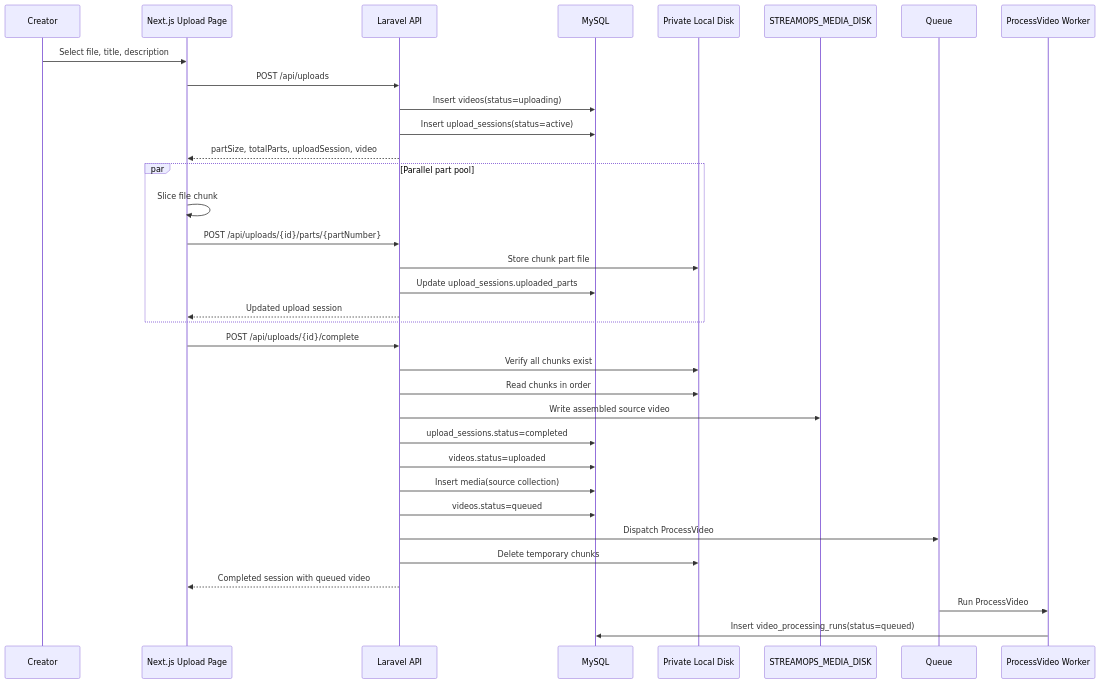
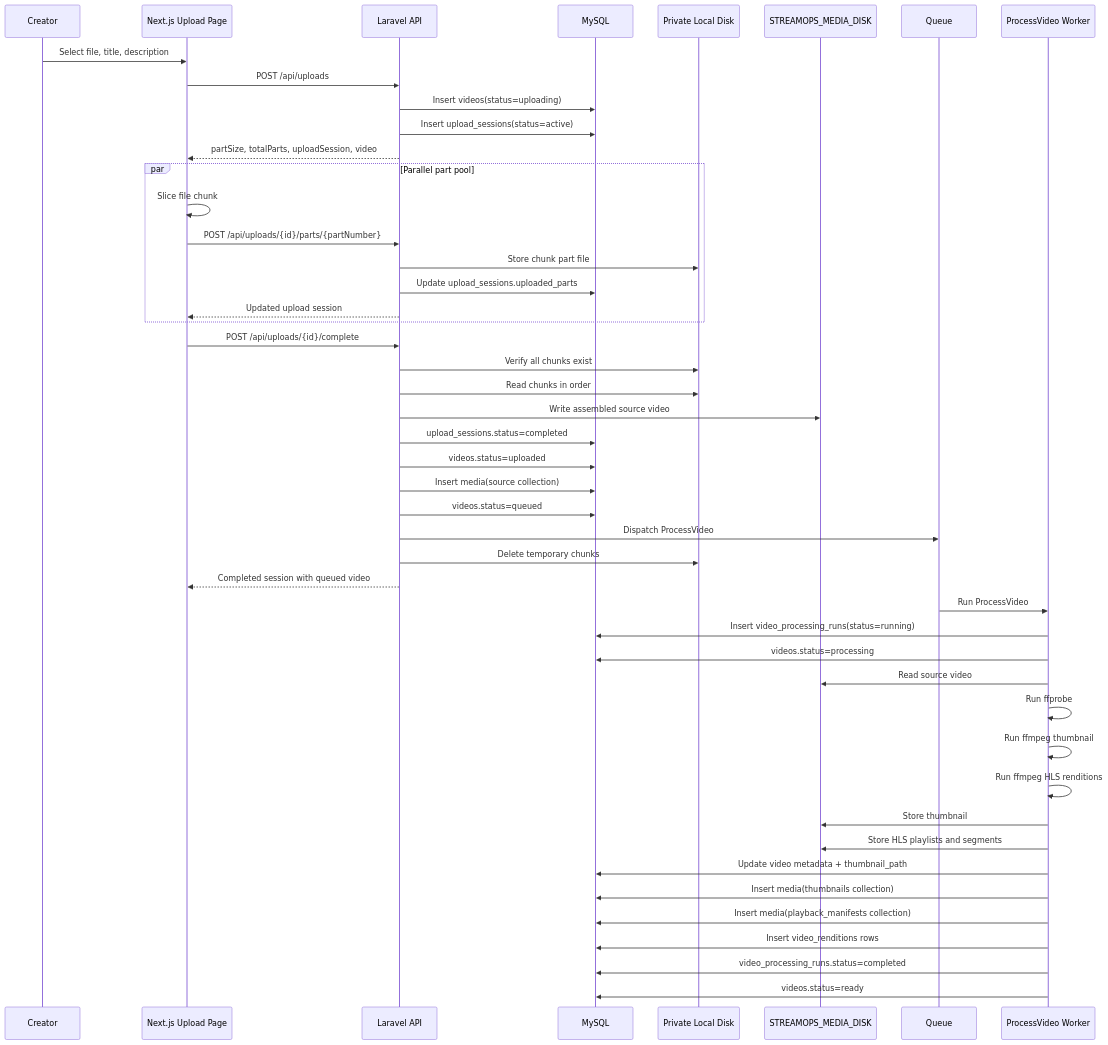
One commit to Tshabalala-Thabo/stream-ops changed the second of 3 diagrams in UPLOAD_VIDEO_DATAFLOW.md. Above: the diagram before and after it, drawn with Mermaid. The commit also changed other lines of this file and 16 other files, not shown here.

First line of the commit message:
feat: add video processing result class and related API endpoints

````diff
--- a/UPLOAD_VIDEO_DATAFLOW.md
+++ b/UPLOAD_VIDEO_DATAFLOW.md
@@ -539,40 +552,53 @@
 ```mermaid
 sequenceDiagram
     participant Creator
     participant Web as Next.js Upload Page
     participant API as Laravel API
     participant DB as MySQL
     participant Temp as Private Local Disk
     participant Media as STREAMOPS_MEDIA_DISK
     participant Queue as Queue
     participant Worker as ProcessVideo Worker
 
     Creator->>Web: Select file, title, description
     Web->>API: POST /api/uploads
     API->>DB: Insert videos(status=uploading)
     API->>DB: Insert upload_sessions(status=active)
     API-->>Web: partSize, totalParts, uploadSession, video
 
     par Parallel part pool
         Web->>Web: Slice file chunk
         Web->>API: POST /api/uploads/{id}/parts/{partNumber}
         API->>Temp: Store chunk part file
         API->>DB: Update upload_sessions.uploaded_parts
         API-->>Web: Updated upload session
     end
 
     Web->>API: POST /api/uploads/{id}/complete
     API->>Temp: Verify all chunks exist
     API->>Temp: Read chunks in order
     API->>Media: Write assembled source video
     API->>DB: upload_sessions.status=completed
     API->>DB: videos.status=uploaded
     API->>DB: Insert media(source collection)
     API->>DB: videos.status=queued
     API->>Queue: Dispatch ProcessVideo
     API->>Temp: Delete temporary chunks
     API-->>Web: Completed session with queued video
 
     Queue->>Worker: Run ProcessVideo
-    Worker->>DB: Insert video_processing_runs(status=queued)
+    Worker->>DB: Insert video_processing_runs(status=running)
+    Worker->>DB: videos.status=processing
+    Worker->>Media: Read source video
+    Worker->>Worker: Run ffprobe
+    Worker->>Worker: Run ffmpeg thumbnail
+    Worker->>Worker: Run ffmpeg HLS renditions
+    Worker->>Media: Store thumbnail
+    Worker->>Media: Store HLS playlists and segments
+    Worker->>DB: Update video metadata + thumbnail_path
+    Worker->>DB: Insert media(thumbnails collection)
+    Worker->>DB: Insert media(playback_manifests collection)
+    Worker->>DB: Insert video_renditions rows
+    Worker->>DB: video_processing_runs.status=completed
+    Worker->>DB: videos.status=ready
 ```
````
